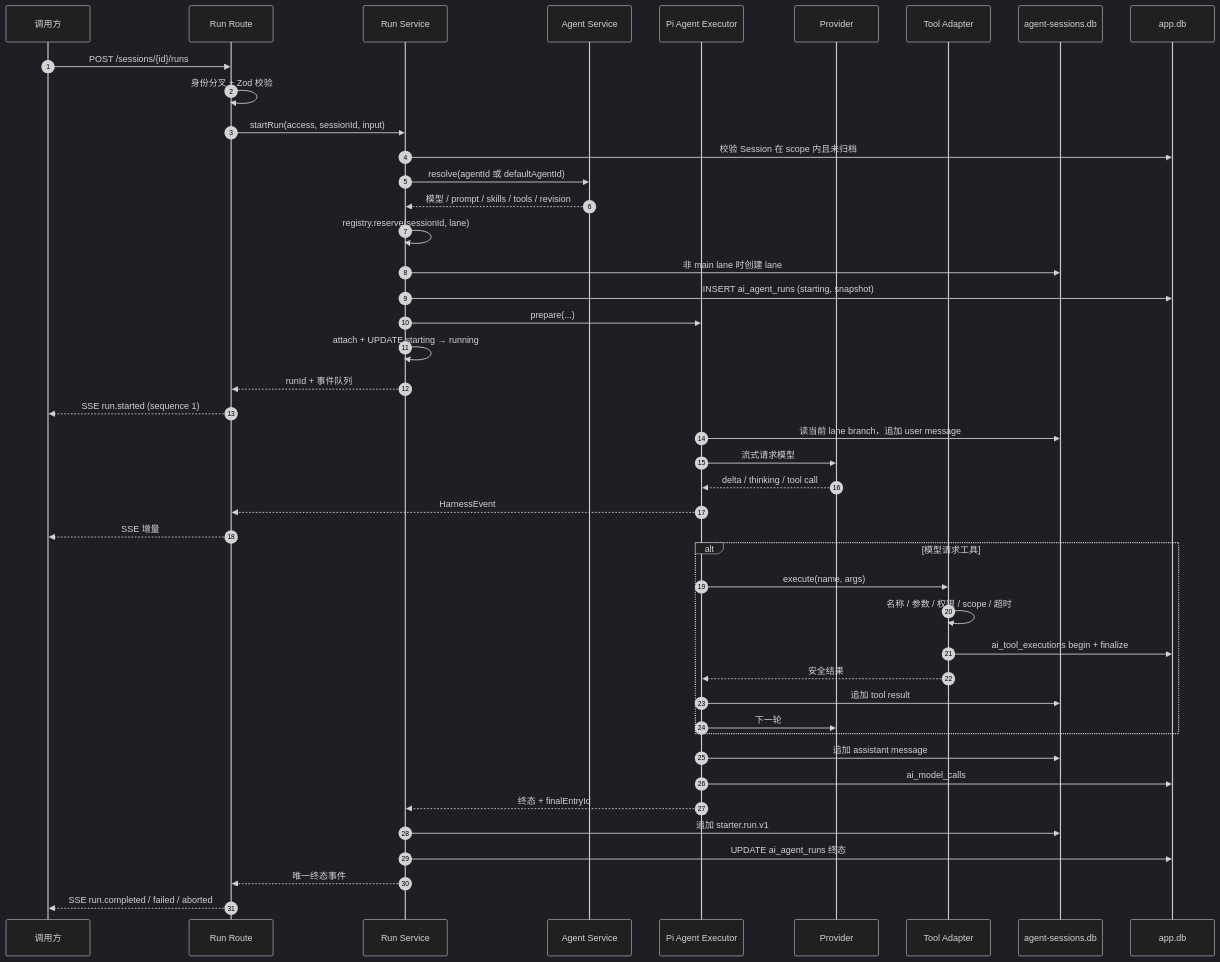
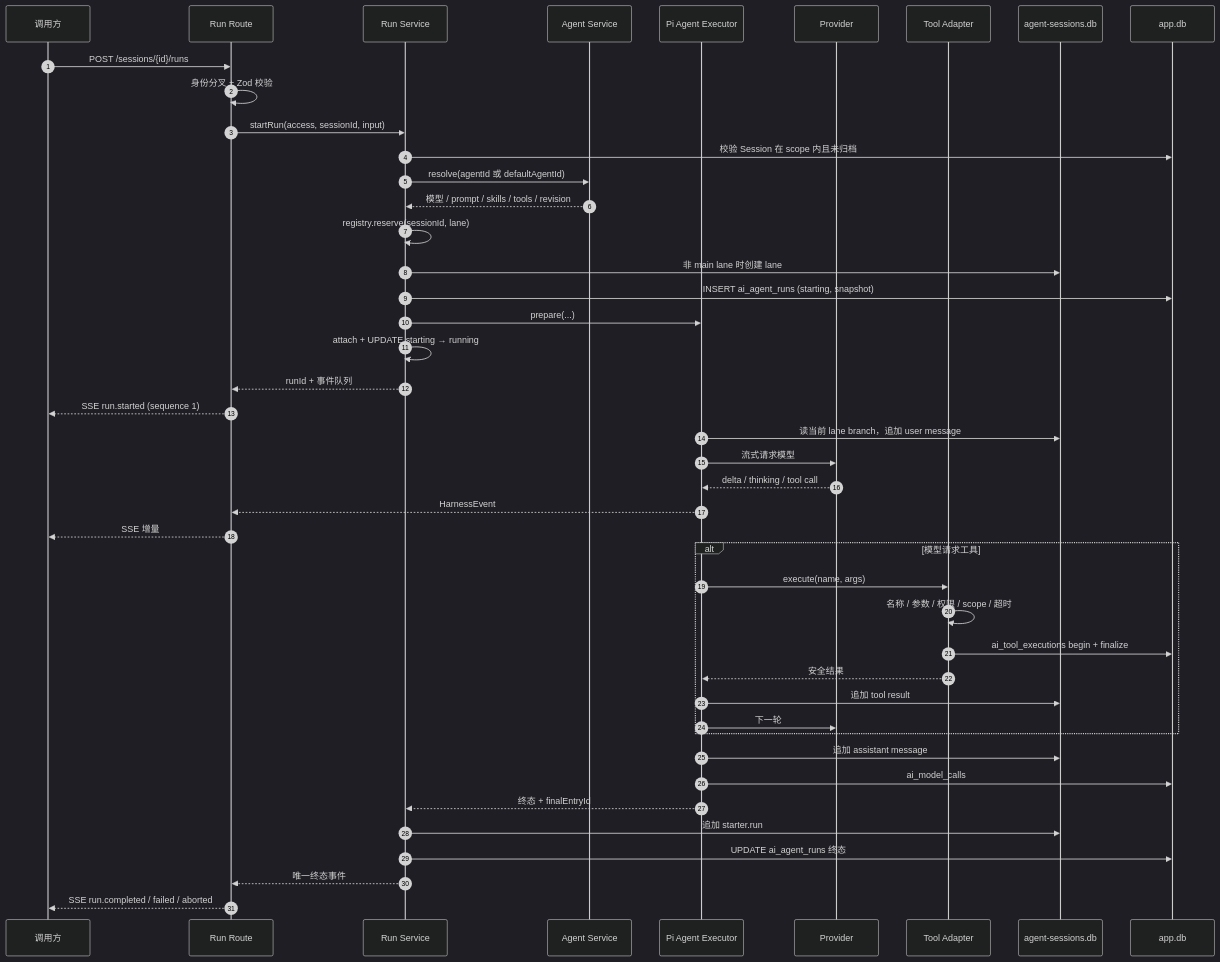
Before and after one commit to xidongdong-153/starter: the second of 5 diagrams in docs/ai/design.md, drawn with Mermaid. The commit also changed other lines of this file and 102 other files, not shown here.

````diff
--- a/docs/ai/design.md
+++ b/docs/ai/design.md
@@ -75,50 +75,50 @@
 ```mermaid
 %%{init: {"theme": "dark"}}%%
 sequenceDiagram
   autonumber
   participant C as 调用方
   participant R as Run Route
   participant S as Run Service
   participant A as Agent Service
   participant X as Pi Agent Executor
   participant P as Provider
   participant T as Tool Adapter
   participant PS as agent-sessions.db
   participant DB as app.db
 
   C->>R: POST /sessions/{id}/runs
   R->>R: 身份分叉 + Zod 校验
   R->>S: startRun(access, sessionId, input)
   S->>DB: 校验 Session 在 scope 内且未归档
   S->>A: resolve(agentId 或 defaultAgentId)
   A-->>S: 模型 / prompt / skills / tools / revision
   S->>S: registry.reserve(sessionId, lane)
   S->>PS: 非 main lane 时创建 lane
   S->>DB: INSERT ai_agent_runs (starting, snapshot)
   S->>X: prepare(...)
   S->>S: attach + UPDATE starting → running
   S-->>R: runId + 事件队列
   R-->>C: SSE run.started (sequence 1)
   X->>PS: 读当前 lane branch，追加 user message
   X->>P: 流式请求模型
   P-->>X: delta / thinking / tool call
   X-->>R: HarnessEvent
   R-->>C: SSE 增量
 
   alt 模型请求工具
     X->>T: execute(name, args)
     T->>T: 名称 / 参数 / 权限 / scope / 超时
     T->>DB: ai_tool_executions begin + finalize
     T-->>X: 安全结果
     X->>PS: 追加 tool result
     X->>P: 下一轮
   end
 
   X->>PS: 追加 assistant message
   X->>DB: ai_model_calls
   X-->>S: 终态 + finalEntryId
-  S->>PS: 追加 starter.run.v1
+  S->>PS: 追加 starter.run
   S->>DB: UPDATE ai_agent_runs 终态
   S-->>R: 唯一终态事件
   R-->>C: SSE run.completed / failed / aborted
 ```
````
